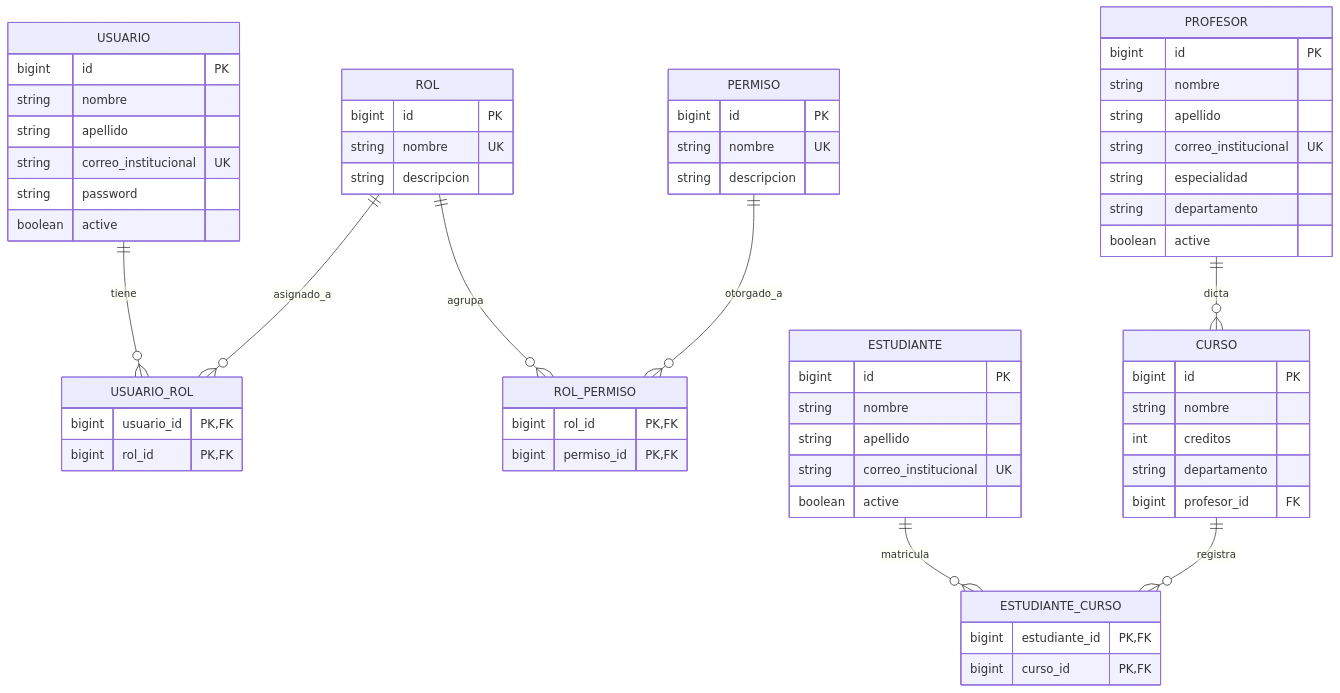
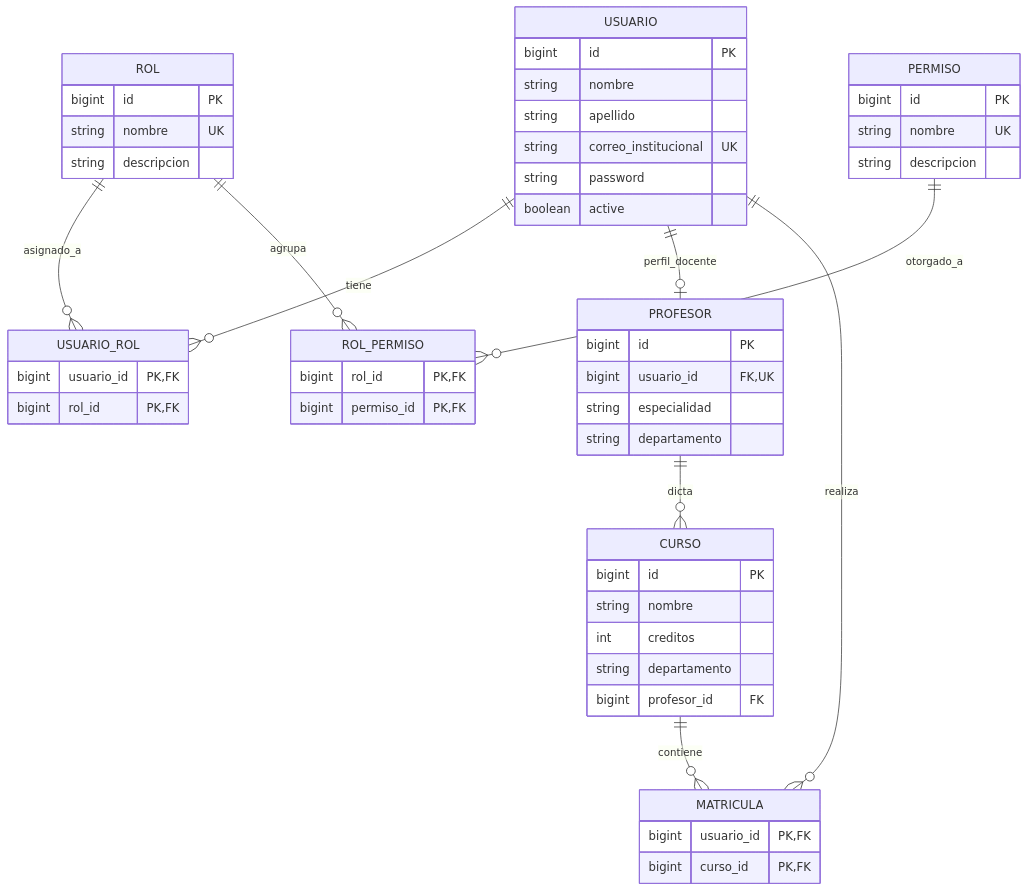
The diagram in springboot/modelo_relacional.md (alejandropenaranda/Compunet2-202620), drawn with Mermaid before and after one commit. The commit also changed other lines of this file and 17 other files, not shown here.

````diff
--- a/springboot/modelo_relacional.md
+++ b/springboot/modelo_relacional.md
@@ -3,72 +3,62 @@
 ```mermaid
 erDiagram
     USUARIO ||--o{ USUARIO_ROL : tiene
     ROL ||--o{ USUARIO_ROL : asignado_a
     ROL ||--o{ ROL_PERMISO : agrupa
     PERMISO ||--o{ ROL_PERMISO : otorgado_a
+    USUARIO ||--o| PROFESOR : perfil_docente
     PROFESOR ||--o{ CURSO : dicta
-    ESTUDIANTE ||--o{ ESTUDIANTE_CURSO : matricula
-    CURSO ||--o{ ESTUDIANTE_CURSO : registra
+    USUARIO ||--o{ MATRICULA : realiza
+    CURSO ||--o{ MATRICULA : contiene
 
     USUARIO {
         bigint id PK
         string nombre
         string apellido
         string correo_institucional UK
         string password
         boolean active
     }
 
     ROL {
         bigint id PK
         string nombre UK
         string descripcion
     }
 
     PERMISO {
         bigint id PK
         string nombre UK
         string descripcion
     }
 
     USUARIO_ROL {
         bigint usuario_id PK,FK
         bigint rol_id PK,FK
     }
 
     ROL_PERMISO {
         bigint rol_id PK,FK
         bigint permiso_id PK,FK
     }
 
     PROFESOR {
         bigint id PK
-        string nombre
-        string apellido
-        string correo_institucional UK
+        bigint usuario_id FK,UK
         string especialidad
         string departamento
-        boolean active
     }
 
     CURSO {
         bigint id PK
         string nombre
         int creditos
         string departamento
         bigint profesor_id FK
     }
 
-    ESTUDIANTE {
-        bigint id PK
-        string nombre
-        string apellido
-        string correo_institucional UK
-        boolean active
-    }
-
-    ESTUDIANTE_CURSO {
-        bigint estudiante_id PK,FK
+    MATRICULA {
+        bigint usuario_id PK,FK
         bigint curso_id PK,FK
     }
 ```
````
